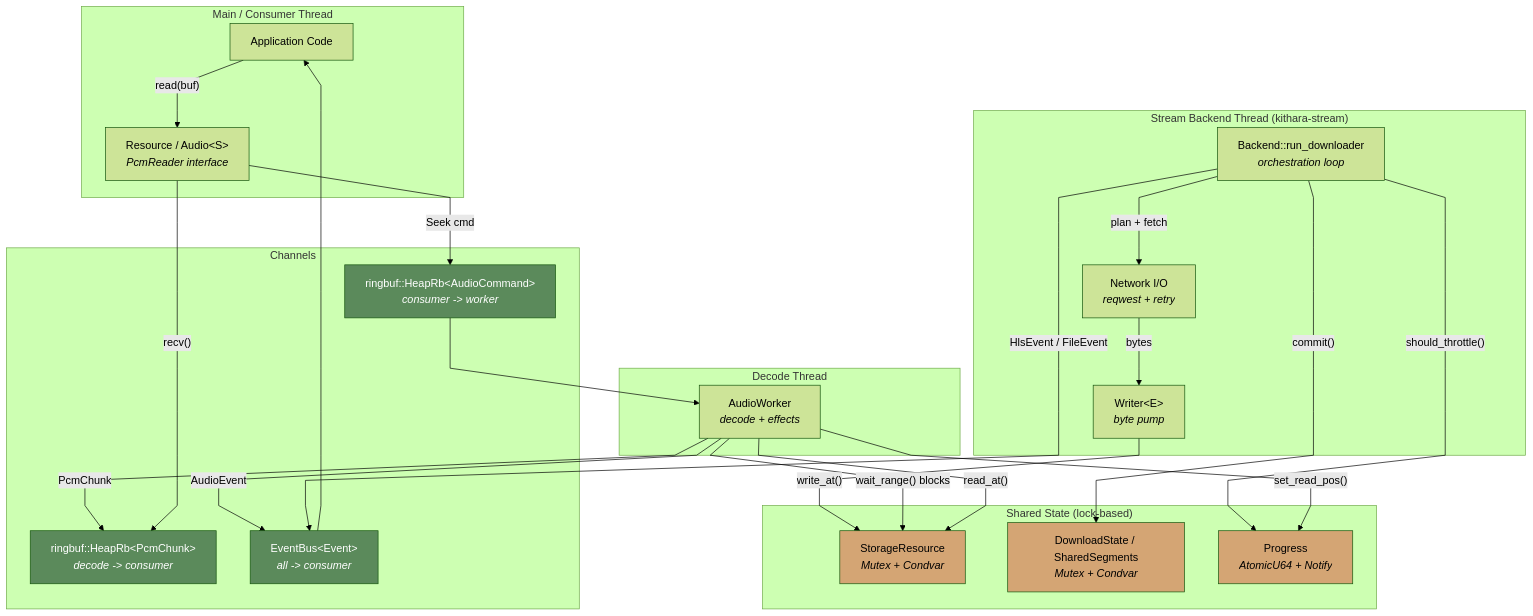
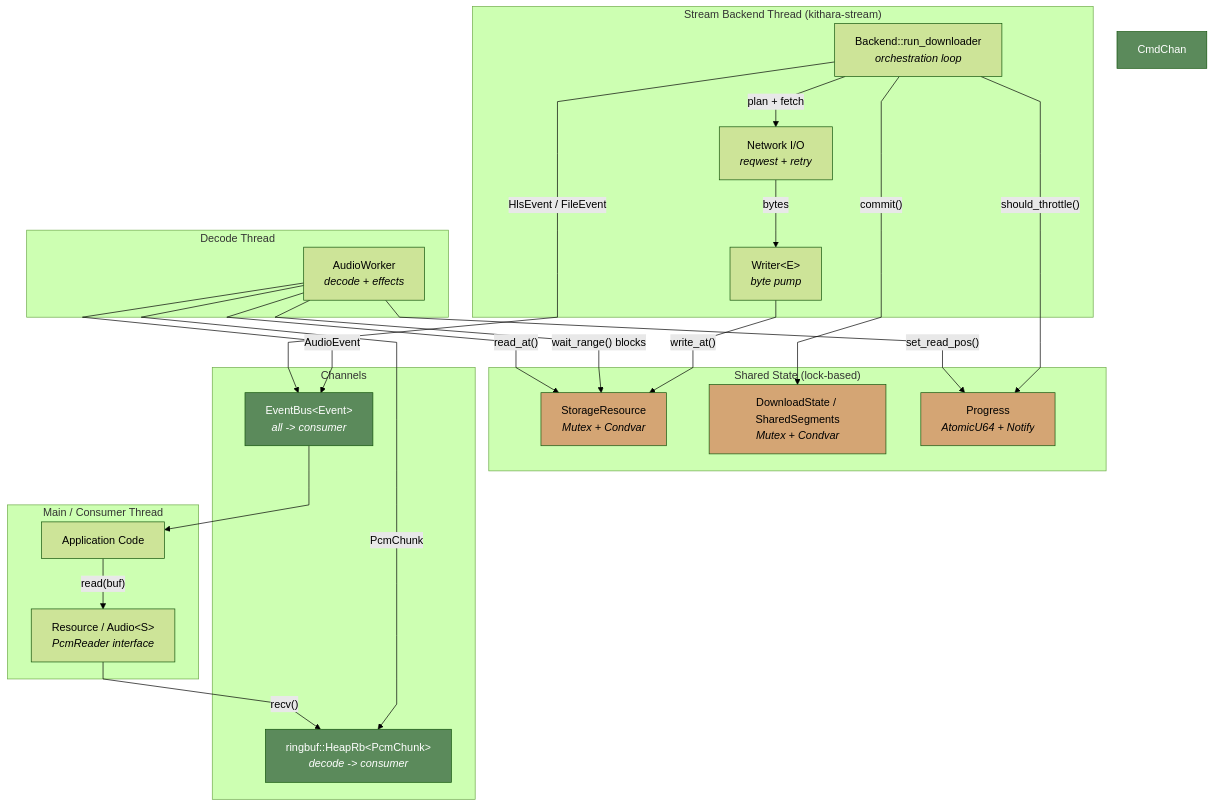
Before and after one commit to zvuk/kithara: the first of 2 diagrams in crates/kithara-audio/README.md, drawn with Mermaid (forest theme). The commit also changed other lines of this file and 23 other files, not shown here.

````diff
--- a/crates/kithara-audio/README.md
+++ b/crates/kithara-audio/README.md
@@ -40,58 +40,54 @@
 ```mermaid
 %%{init: {"flowchart": {"curve": "linear"}} }%%
 flowchart TB
     subgraph "Main / Consumer Thread"
         App["Application Code"]
         Resource["Resource / Audio&lt;S&gt;<br/><i>PcmReader interface</i>"]
         App -- "read(buf)" --> Resource
     end
 
     subgraph "Stream Backend Thread (kithara-stream)"
         DLLoop["Backend::run_downloader<br/><i>orchestration loop</i>"]
         NetTask["Network I/O<br/><i>reqwest + retry</i>"]
         WriterTask["Writer&lt;E&gt;<br/><i>byte pump</i>"]
         DLLoop -- "plan + fetch" --> NetTask
         NetTask -- "bytes" --> WriterTask
     end
 
     subgraph "Decode Thread"
         DecodeWorker["AudioWorker<br/><i>decode + effects</i>"]
     end
 
     subgraph "Shared State (lock-based)"
         StorageRes["StorageResource<br/><i>Mutex + Condvar</i>"]
         SegIdx["DownloadState / SharedSegments<br/><i>Mutex + Condvar</i>"]
         Progress["Progress<br/><i>AtomicU64 + Notify</i>"]
     end
 
     subgraph "Channels"
         PcmChan["ringbuf::HeapRb&lt;PcmChunk&gt;<br/><i>decode -> consumer</i>"]
-        CmdChan["ringbuf::HeapRb&lt;AudioCommand&gt;<br/><i>consumer -> worker</i>"]
         EventChan["EventBus&lt;Event&gt;<br/><i>all -> consumer</i>"]
     end
 
     WriterTask -- "write_at()" --> StorageRes
     DLLoop -- "commit()" --> SegIdx
 
     DecodeWorker -- "wait_range() blocks" --> StorageRes
     DecodeWorker -- "read_at()" --> StorageRes
     DecodeWorker -- "PcmChunk" --> PcmChan
     Resource -- "recv()" --> PcmChan
-
-    Resource -- "Seek cmd" --> CmdChan
-    CmdChan --> DecodeWorker
 
     DecodeWorker -- "AudioEvent" --> EventChan
     DLLoop -- "HlsEvent / FileEvent" --> EventChan
     EventChan --> App
 
     DLLoop -- "should_throttle()" --> Progress
     DecodeWorker -- "set_read_pos()" --> Progress
 
     style StorageRes fill:#d4a574,color:#000
     style SegIdx fill:#d4a574,color:#000
     style Progress fill:#d4a574,color:#000
     style PcmChan fill:#5b8a5b,color:#fff
     style CmdChan fill:#5b8a5b,color:#fff
     style EventChan fill:#5b8a5b,color:#fff
 ```
````
